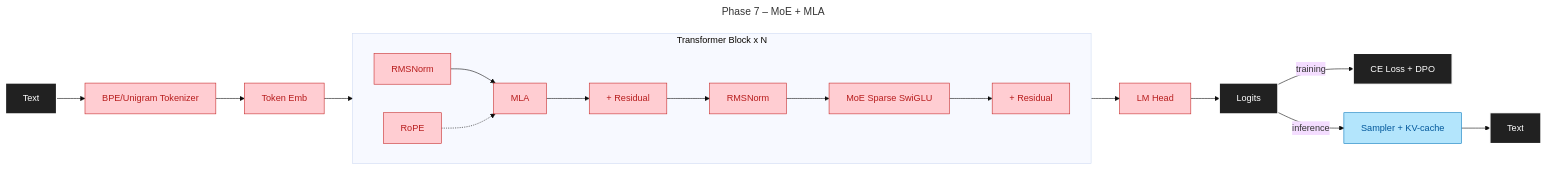
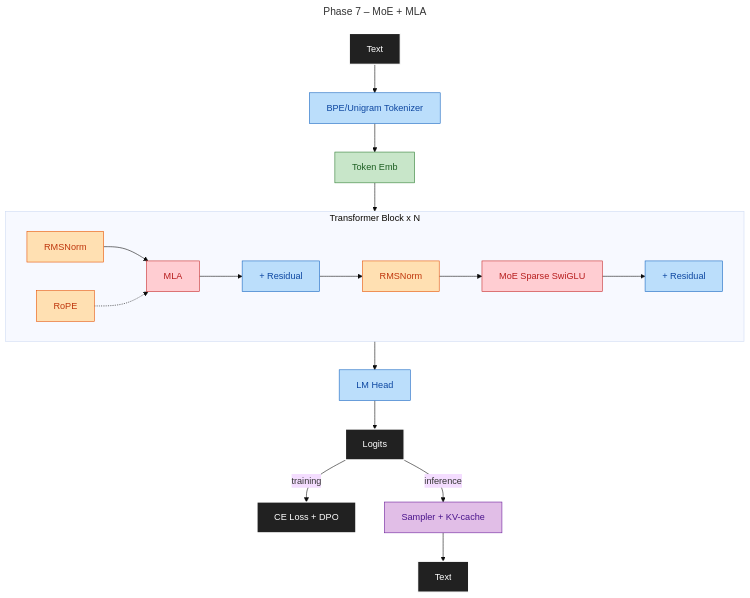
One commit to maxjbarfuss/max_llm changed the fifth of 7 diagrams in docs/DESIGN.md. Above: the diagram before and after it, drawn with Mermaid (base theme). The commit also changed other lines of this file and 15 other files, not shown here.

First line of the commit message:
Phase 3: Full decoder stack + diagram sync

````diff
--- a/docs/DESIGN.md
+++ b/docs/DESIGN.md
@@ -91,18 +94,21 @@
 ```mermaid
 ---
 title: Phase 7 – MoE + MLA
 ---
-graph LR
-    A[Text]:::io --> B[BPE/Unigram Tokenizer]:::p7 --> C[Token Emb]:::p7 --> Block
+graph TD
+    A[Text]:::io --> B[BPE/Unigram Tokenizer]:::p3 --> C[Token Emb]:::p2 --> Block
     subgraph Block[Transformer Block x N]
         direction LR
-        D[RMSNorm]:::p7 --> E[MLA]:::p7 --> F[+ Residual]:::p7 --> G[RMSNorm]:::p7 --> H[MoE Sparse SwiGLU]:::p7 --> I[+ Residual]:::p7
-        RoPE:::p7 -.-> E
+        D[RMSNorm]:::p4 --> E[MLA]:::p7 --> F[+ Residual]:::p3 --> G[RMSNorm]:::p4 --> H[MoE Sparse SwiGLU]:::p7 --> I[+ Residual]:::p3
+        RoPE:::p4 -.-> E
     end
-    Block --> J[LM Head]:::p7 --> K[Logits]:::io
+    Block --> J[LM Head]:::p3 --> K[Logits]:::io
     K -->|training| L[CE Loss + DPO]:::io
     K -->|inference| M[Sampler + KV-cache]:::p56 --> N[Text]:::io
     classDef io fill:#212121,stroke:#FFFFFF,color:#FFFFFF,stroke-width:2px
-    classDef p56 fill:#B3E5FC,stroke:#0277BD,color:#01579B
+    classDef p2 fill:#C8E6C9,stroke:#2E7D32,color:#1B5E20
+    classDef p3 fill:#BBDEFB,stroke:#1565C0,color:#0D47A1
+    classDef p4 fill:#FFE0B2,stroke:#E65100,color:#BF360C
+    classDef p56 fill:#E1BEE7,stroke:#6A1B9A,color:#4A148C
     classDef p7 fill:#FFCDD2,stroke:#C62828,color:#B71C1C
 ```
````
